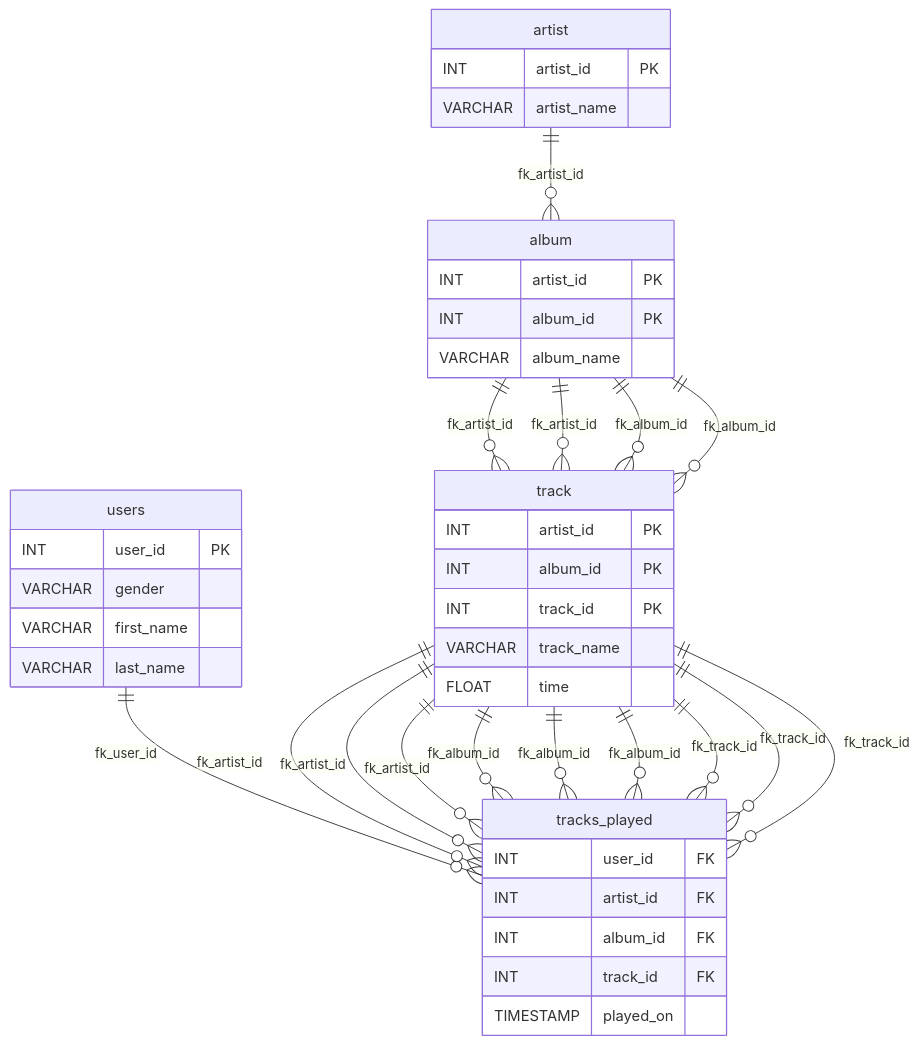
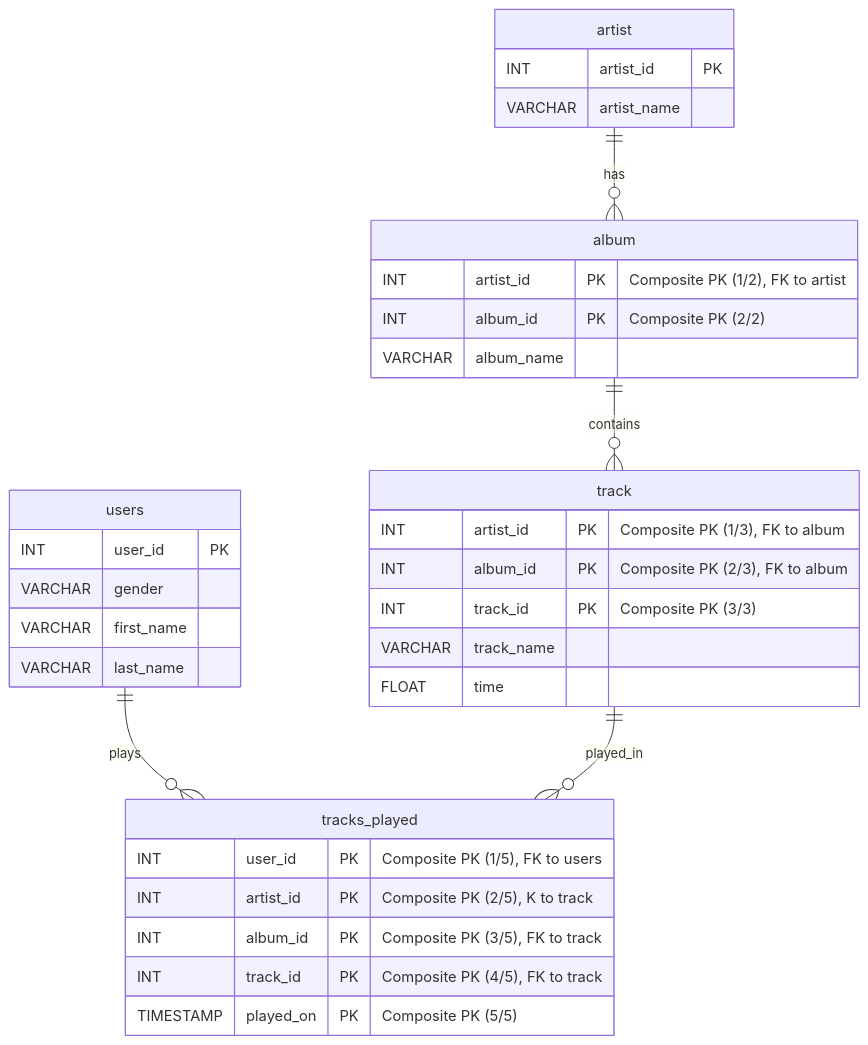
Before and after one commit to ipeirotis/introduction-to-databases: the diagram in schemas/music.md, drawn with Mermaid.

Commit message:
Refine music database schema with composite keys
Updated the music database schema to clarify composite primary keys and foreign key relationships.

````diff
--- a/schemas/music.md
+++ b/schemas/music.md
@@ -3,52 +3,37 @@
 ```mermaid
 erDiagram
-    album {
-        INT artist_id PK
-        INT album_id PK
-        VARCHAR album_name
-    }
-
     artist {
         INT artist_id PK
         VARCHAR artist_name
     }
-
+    album {
+        INT artist_id PK "Composite PK (1/2), FK to artist"
+        INT album_id PK "Composite PK (2/2)"
+        VARCHAR album_name
+    }
     track {
-        INT artist_id PK
-        INT album_id PK
-        INT track_id PK
+        INT artist_id PK "Composite PK (1/3), FK to album"
+        INT album_id PK "Composite PK (2/3), FK to album"
+        INT track_id PK "Composite PK (3/3)"
         VARCHAR track_name
         FLOAT time
     }
-
-    tracks_played {
-        INT user_id FK
-        INT artist_id FK
-        INT album_id FK
-        INT track_id FK
-        TIMESTAMP played_on
-    }
-
     users {
         INT user_id PK
         VARCHAR gender
         VARCHAR first_name
         VARCHAR last_name
     }
+    tracks_played {
+        INT user_id PK "Composite PK (1/5), FK to users"
+        INT artist_id PK "Composite PK (2/5), K to track"
+        INT album_id PK "Composite PK (3/5), FK to track"
+        INT track_id PK "Composite PK (4/5), FK to track"
+        TIMESTAMP played_on PK "Composite PK (5/5)"
+    }
 
-    album ||--o{ track : "fk_artist_id"
-    album ||--o{ track : "fk_artist_id"
-    album ||--o{ track : "fk_album_id"
-    album ||--o{ track : "fk_album_id"
-    artist ||--o{ album : "fk_artist_id"
-    users ||--o{ tracks_played : "fk_user_id"
-    track ||--o{ tracks_played : "fk_artist_id"
-    track ||--o{ tracks_played : "fk_artist_id"
-    track ||--o{ tracks_played : "fk_artist_id"
-    track ||--o{ tracks_played : "fk_album_id"
-    track ||--o{ tracks_played : "fk_album_id"
-    track ||--o{ tracks_played : "fk_album_id"
-    track ||--o{ tracks_played : "fk_track_id"
-    track ||--o{ tracks_played : "fk_track_id"
-    track ||--o{ tracks_played : "fk_track_id"
+    artist ||--o{ album : "has"
+    album ||--o{ track : "contains"
+    users ||--o{ tracks_played : "plays"
+    track ||--o{ tracks_played : "played_in"
 ```
````
